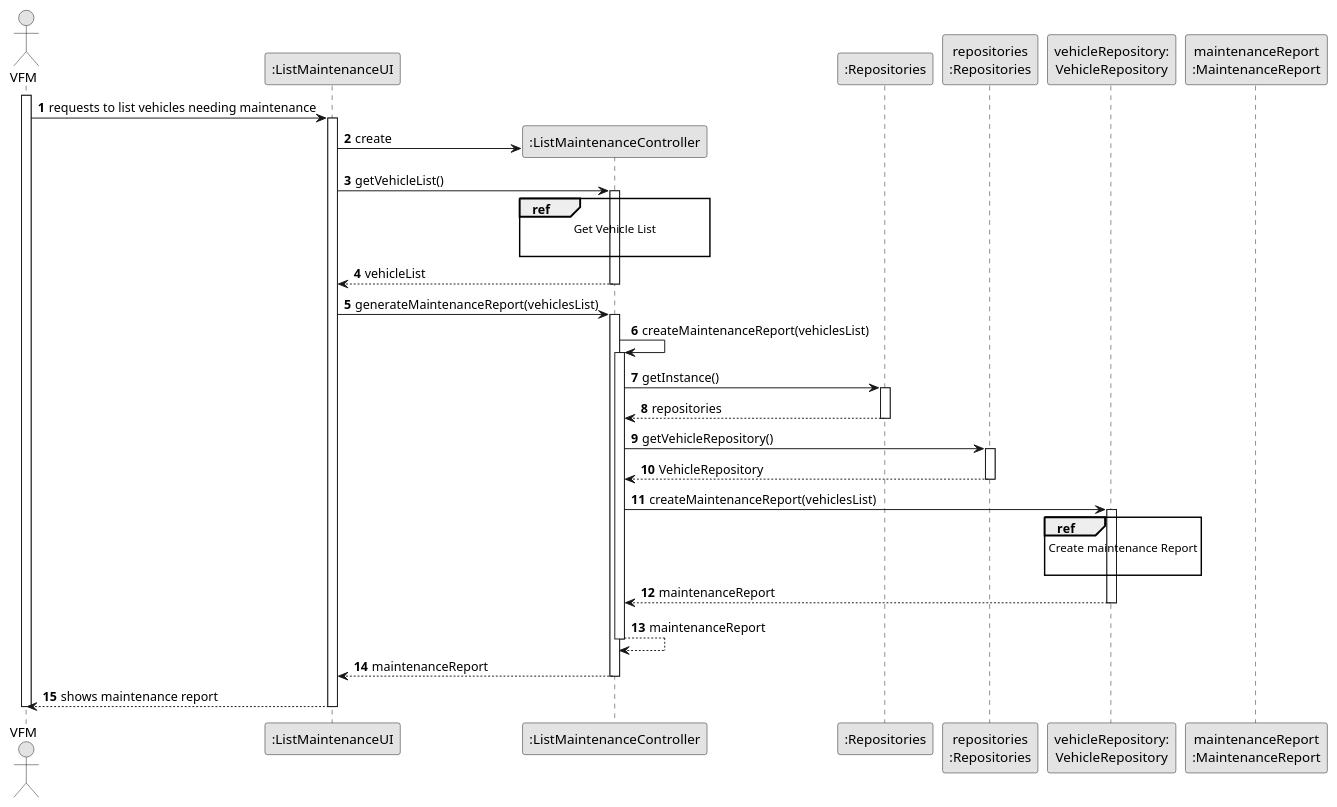
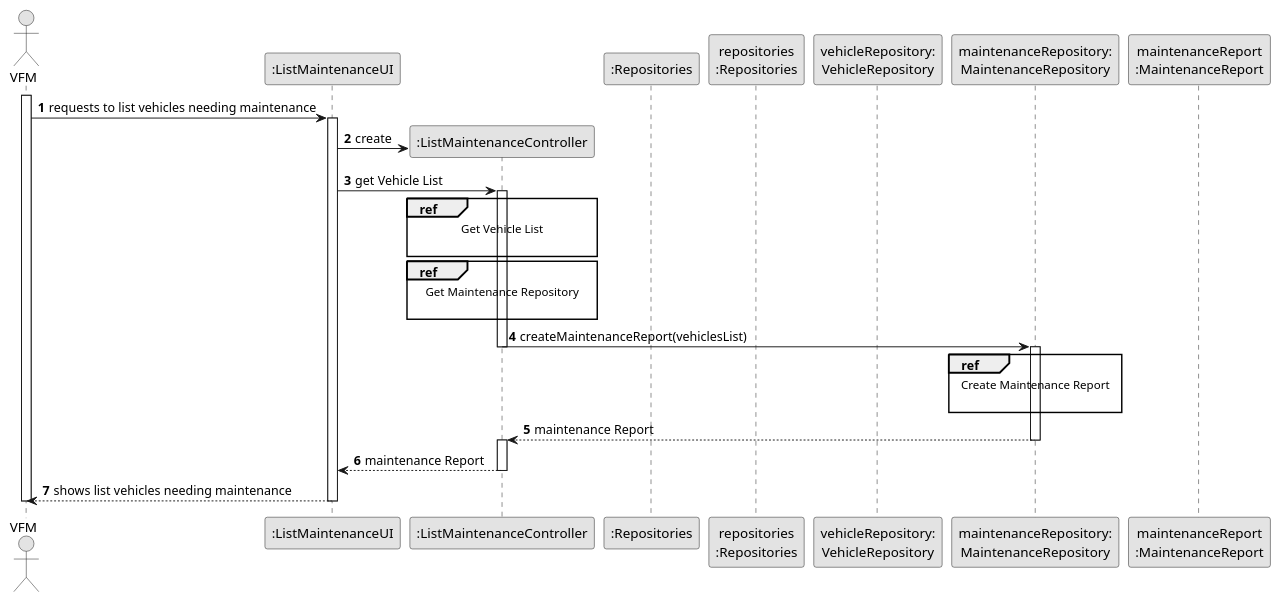
One commit to ricardomm7/leaflink changed the diagram in docs/sprintB/us008/03.design/puml/us008-sequence-diagram-split.puml. Above: the diagram before and after it, drawn with PlantUML. The commit also changed 9 other files, not shown here.

Commit message:
LFC2-150<Update US008 Readme.md and Class Diagram> LFC2-90<Update SSD>

```diff
--- a/docs/sprintB/us008/03.design/puml/us008-sequence-diagram-split.puml
+++ b/docs/sprintB/us008/03.design/puml/us008-sequence-diagram-split.puml
@@ -1,80 +1,62 @@
 @startuml
 skinparam monochrome true
 skinparam packageStyle rectangle
 skinparam shadowing false
 
 autonumber
 
 'hide footbox
 actor "VFM" as VFM
 participant ":ListMaintenanceUI" as UI
 participant ":ListMaintenanceController" as CTRL
 participant ":Repositories" as RepositorySingleton
 participant "repositories\n:Repositories" as PLAT
 participant "vehicleRepository:\nVehicleRepository" as VehicleRepository
+participant "maintenanceRepository:\nMaintenanceRepository" as MaintenanceRepository
 participant "maintenanceReport\n:MaintenanceReport" as MaintenanceReport
 
 activate VFM
 
     VFM -> UI : requests to list vehicles needing maintenance
     activate UI
 
         UI -> CTRL** : create
 
-        UI -> CTRL : getVehicleList()
+        UI -> CTRL : get Vehicle List
         activate CTRL
 
         ref over CTRL
-                                        Get Vehicle List
+                                            Get Vehicle List
 
-                                    end ref
+                                                end ref
+
+        ref over CTRL
+                                            Get Maintenance Repository
+
+                                                end ref
 
 
+                CTRL -> MaintenanceRepository : createMaintenanceReport(vehiclesList)
+                deactivate CTRL
+                activate MaintenanceRepository
 
-            CTRL --> UI : vehicleList
-        deactivate CTRL
+        ref over MaintenanceRepository
+                                            Create Maintenance Report
+
+                                                 end ref
 
 
-        UI -> CTRL : generateMaintenanceReport(vehiclesList)
-        activate CTRL
+                MaintenanceRepository --> CTRL : maintenance Report
+                deactivate MaintenanceRepository
 
-            CTRL -> CTRL : createMaintenanceReport(vehiclesList)
             activate CTRL
 
-                CTRL -> RepositorySingleton : getInstance()
-                activate RepositorySingleton
-
-                    RepositorySingleton --> CTRL: repositories
-                deactivate RepositorySingleton
-
-                CTRL -> PLAT : getVehicleRepository()
-                activate PLAT
-
-                    PLAT --> CTRL: VehicleRepository
-                deactivate PLAT
-
-                CTRL -> VehicleRepository : createMaintenanceReport(vehiclesList)
-                activate VehicleRepository
-
-                ref over VehicleRepository
-                                                Create maintenance Report
-
-                                            end ref
-
-
-
-                VehicleRepository --> CTRL : maintenanceReport
-                deactivate VehicleRepository
-
-            CTRL --> CTRL : maintenanceReport
+            CTRL --> UI : maintenance Report
             deactivate CTRL
 
-            CTRL --> UI : maintenanceReport
-        deactivate CTRL
-
-        UI --> VFM : shows maintenance report
+        UI --> VFM : shows list vehicles needing maintenance
     deactivate UI
 
 deactivate VFM
 
 @enduml
```
